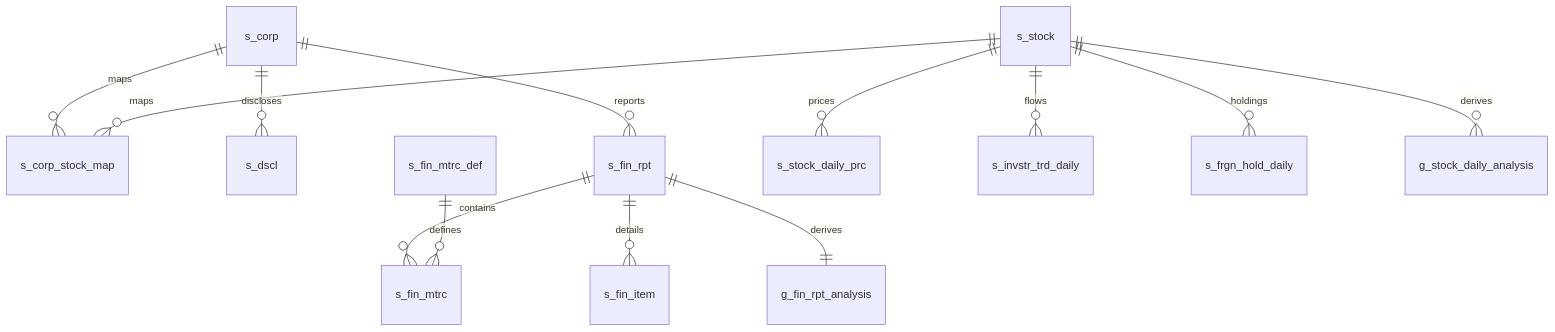
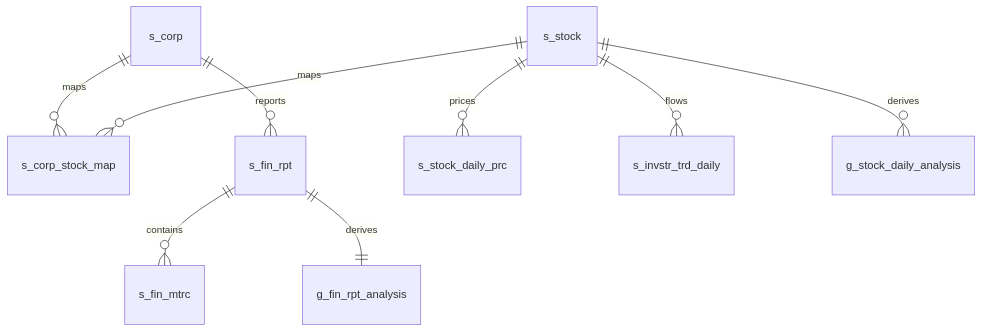
The second of 2 diagrams in README.md (2nd-MLOps-engineer-2/Team-Zero), drawn with Mermaid before and after one commit. The commit also changed other lines of this file and 1 other file, not shown here.

First line of the commit message:
docs: 발표 흐름으로 README 재구성하고 전체판을 docs/project-details.md로 보존

````diff
--- a/README.md
+++ b/README.md
@@ -286,15 +114,11 @@
 ```mermaid
 erDiagram
     s_corp ||--o{ s_corp_stock_map : maps
     s_stock ||--o{ s_corp_stock_map : maps
-    s_corp ||--o{ s_dscl : discloses
     s_corp ||--o{ s_fin_rpt : reports
     s_fin_rpt ||--o{ s_fin_mtrc : contains
-    s_fin_mtrc_def ||--o{ s_fin_mtrc : defines
-    s_fin_rpt ||--o{ s_fin_item : details
     s_stock ||--o{ s_stock_daily_prc : prices
     s_stock ||--o{ s_invstr_trd_daily : flows
-    s_stock ||--o{ s_frgn_hold_daily : holdings
     s_fin_rpt ||--|| g_fin_rpt_analysis : derives
     s_stock ||--o{ g_stock_daily_analysis : derives
 ```
````
